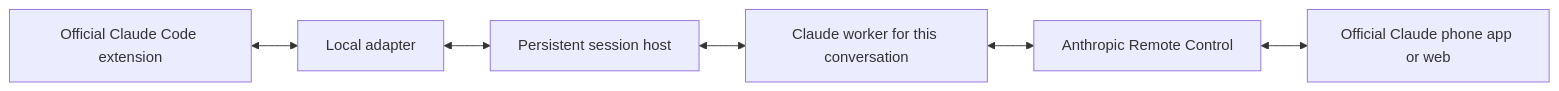
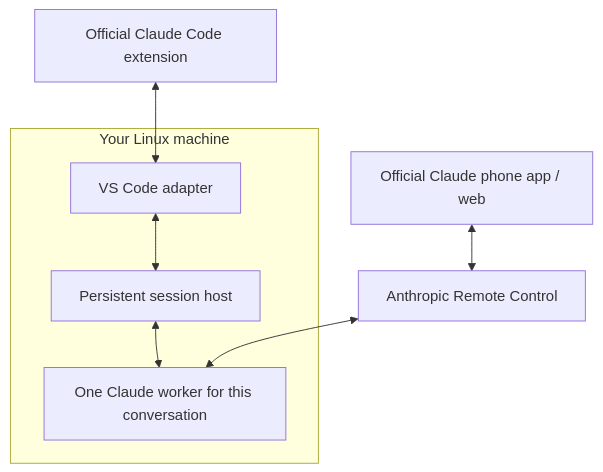
Before and after one commit to prithvijaunjale/claude-session-sync: the diagram in README.md, drawn with Mermaid. The commit also changed other lines of this file, not shown here.

Commit message:
Clarify core benefits and shared-session architecture

````diff
--- a/README.md
+++ b/README.md
@@ -74,8 +84,18 @@
 ```mermaid
-flowchart LR
-    V[Official Claude Code extension] <--> A[Local adapter]
-    A <--> H[Persistent session host]
-    H <--> C[Claude worker for this conversation]
-    C <--> R[Anthropic Remote Control]
-    R <--> P[Official Claude phone app or web]
+flowchart TB
+    V["Official Claude Code extension"]
+    P["Official Claude phone app / web"]
+    R["Anthropic Remote Control"]
+
+    subgraph M["Your Linux machine"]
+        A["VS Code adapter"]
+        H["Persistent session host"]
+        C["One Claude worker for this conversation"]
+        A <--> H
+        H <--> C
+    end
+
+    V <--> A
+    P <--> R
+    R <--> C
 ```
````
